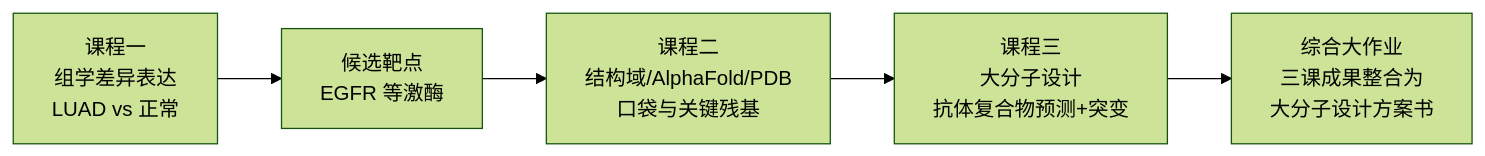
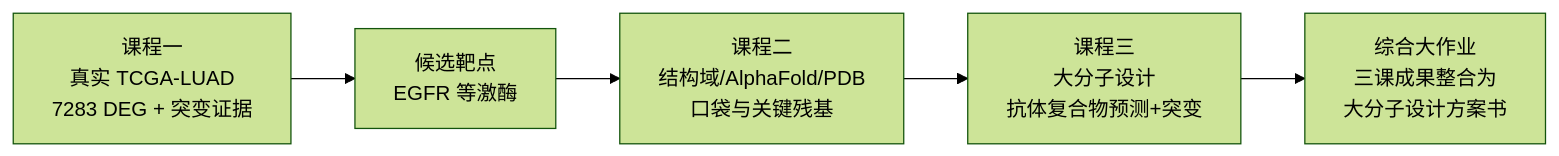
The diagram in README.md (iiaimcc/bio-class), drawn with Mermaid (forest theme) before and after one commit. The commit also changed other lines of this file and 39 other files, not shown here.

Commit message:
Replace synthetic course-1 data with real TCGA-LUAD fetched from the GDC API

````diff
--- a/README.md
+++ b/README.md
@@ -17,7 +17,7 @@
 ```mermaid
 flowchart LR
-    A[课程一<br/>组学差异表达<br/>LUAD vs 正常] --> B[候选靶点<br/>EGFR 等激酶]
+    A[课程一<br/>真实 TCGA-LUAD<br/>7283 DEG + 突变证据] --> B[候选靶点<br/>EGFR 等激酶]
     B --> C[课程二<br/>结构域/AlphaFold/PDB<br/>口袋与关键残基]
     C --> D[课程三<br/>大分子设计<br/>抗体复合物预测+突变]
     D --> E[综合大作业<br/>三课成果整合为<br/>大分子设计方案书]
 ```
````
